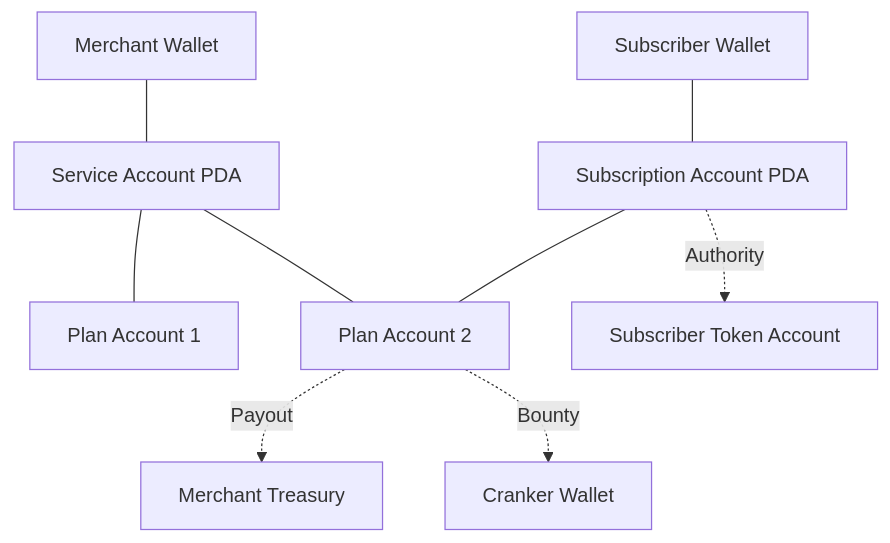
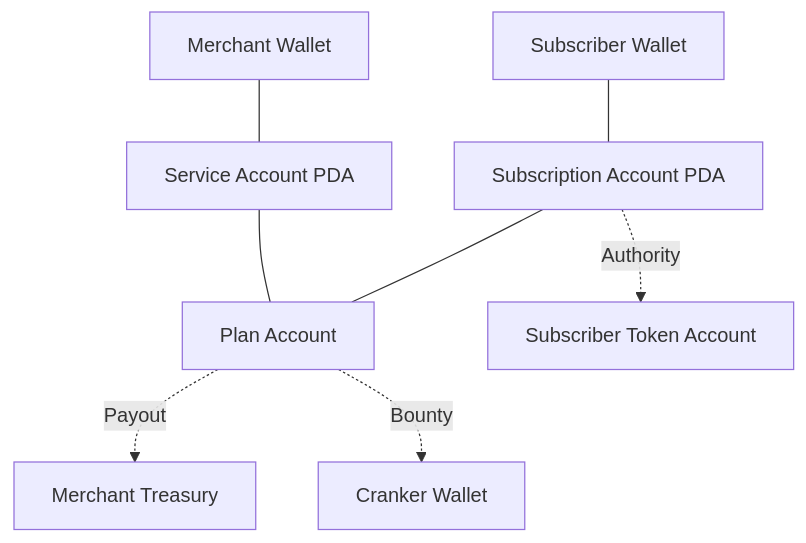
One commit to irfanfaraaz/solbill changed the diagram in README.md. Above: the diagram before and after it, drawn with Mermaid. The commit also changed other lines of this file and 16 other files, not shown here.

````diff
--- a/README.md
+++ b/README.md
@@ -40,11 +37,10 @@
 ```mermaid
 graph TD
     M[Merchant Wallet] --- SA[Service Account PDA]
-    SA --- P1[Plan Account 1]
-    SA --- P2[Plan Account 2]
+    SA --- P1[Plan Account]
     U[Subscriber Wallet] --- Sub[Subscription Account PDA]
-    Sub --- P2
+    Sub --- P1
     Sub -.->|Authority| TA[Subscriber Token Account]
-    P2 -.->|Payout| TR[Merchant Treasury]
-    P2 -.->|Bounty| CR[Cranker Wallet]
+    P1 -.->|Payout| TR[Merchant Treasury]
+    P1 -.->|Bounty| CR[Cranker Wallet]
 ```
````
